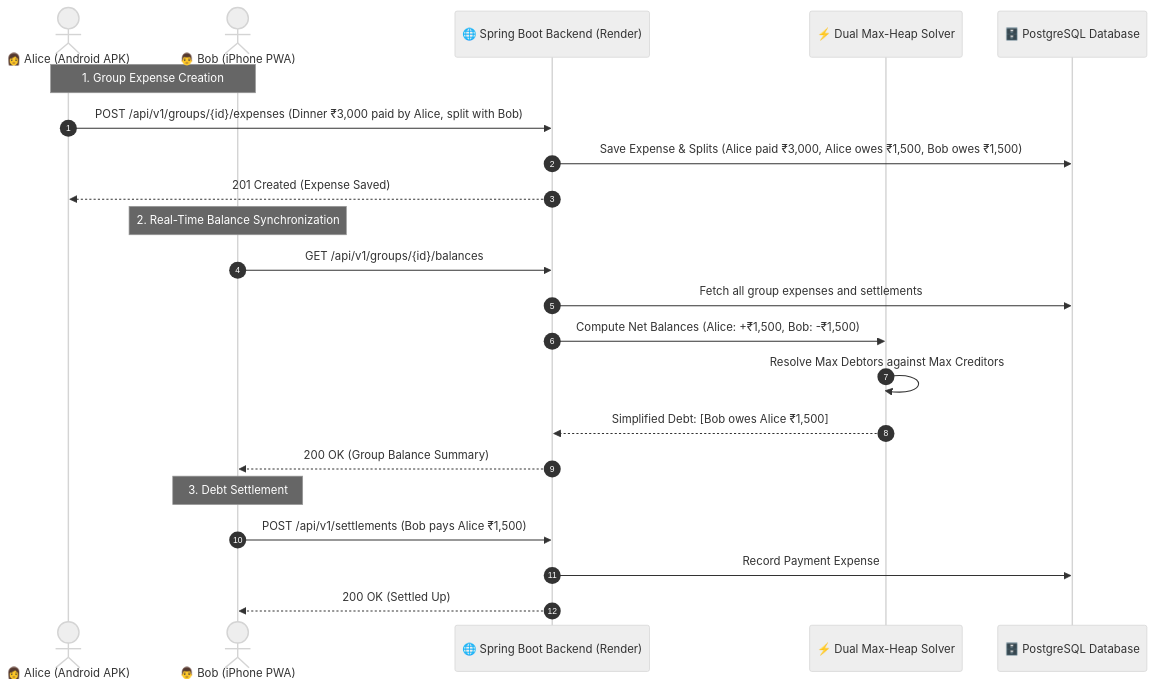
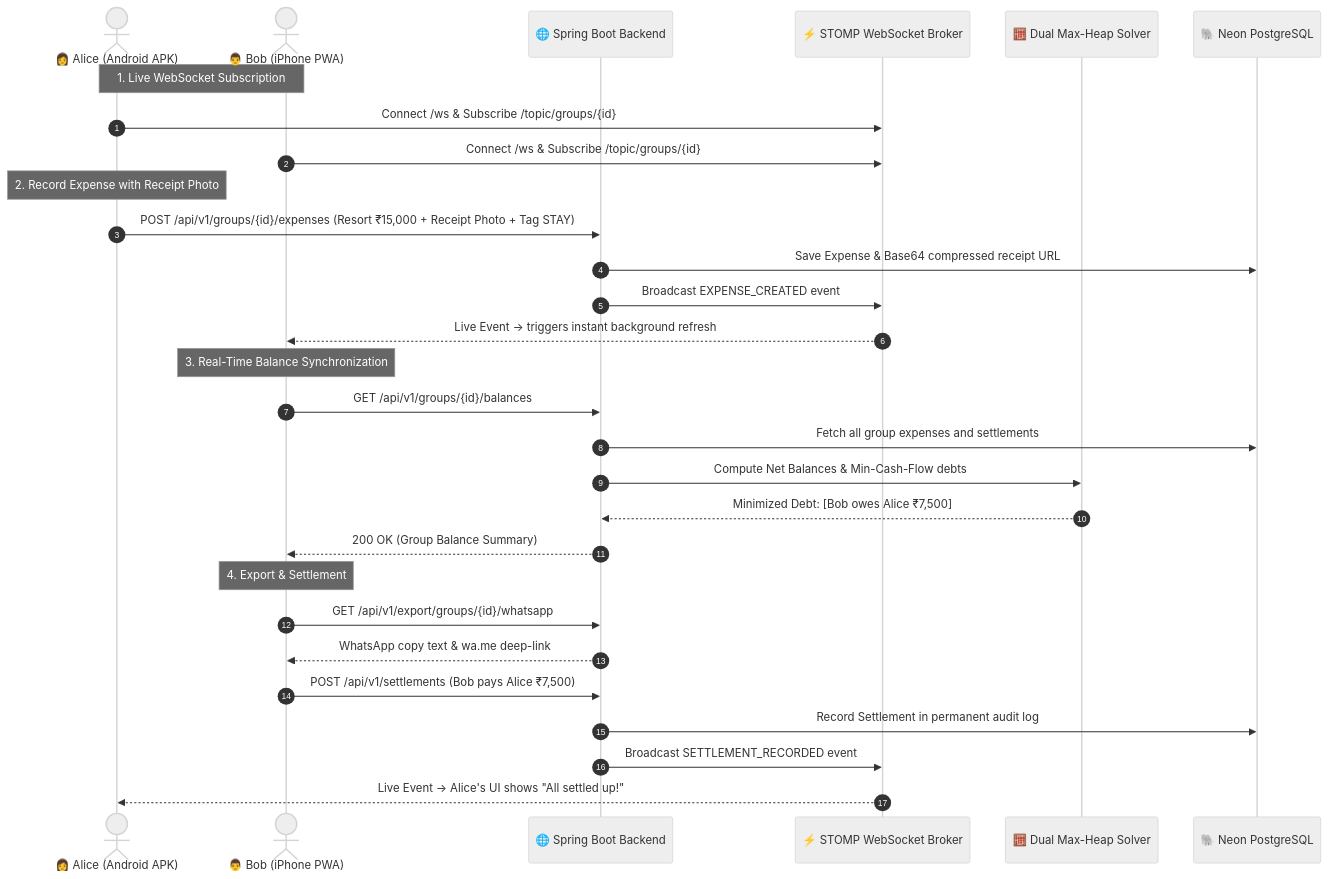
One commit to byte2code/settlehub changed the second of 2 diagrams in README.md. Above: the diagram before and after it, drawn with Mermaid (neutral theme). The commit also changed other lines of this file and 1 other file, not shown here.

````diff
--- a/README.md
+++ b/README.md
@@ -150,27 +174,35 @@
 ```mermaid
 sequenceDiagram
     autonumber
     actor Alice as 👩 Alice (Android APK)
     actor Bob as 👨 Bob (iPhone PWA)
-    participant API as 🌐 Spring Boot Backend (Render)
-    participant Solver as ⚡ Dual Max-Heap Solver
-    participant DB as 🗄️ PostgreSQL Database
+    participant API as 🌐 Spring Boot Backend
+    participant WS as ⚡ STOMP WebSocket Broker
+    participant Solver as 🧮 Dual Max-Heap Solver
+    participant DB as 🐘 Neon PostgreSQL
 
-    Note over Alice,Bob: 1. Group Expense Creation
-    Alice->>API: POST /api/v1/groups/{id}/expenses (Dinner ₹3,000 paid by Alice, split with Bob)
-    API->>DB: Save Expense & Splits (Alice paid ₹3,000, Alice owes ₹1,500, Bob owes ₹1,500)
-    API-->>Alice: 201 Created (Expense Saved)
+    Note over Alice,Bob: 1. Live WebSocket Subscription
+    Alice->>WS: Connect /ws & Subscribe /topic/groups/{id}
+    Bob->>WS: Connect /ws & Subscribe /topic/groups/{id}
 
-    Note over Bob: 2. Real-Time Balance Synchronization
+    Note over Alice: 2. Record Expense with Receipt Photo
+    Alice->>API: POST /api/v1/groups/{id}/expenses (Resort ₹15,000 + Receipt Photo + Tag STAY)
+    API->>DB: Save Expense & Base64 compressed receipt URL
+    API->>WS: Broadcast EXPENSE_CREATED event
+    WS-->>Bob: Live Event -> triggers instant background refresh
+
+    Note over Bob: 3. Real-Time Balance Synchronization
     Bob->>API: GET /api/v1/groups/{id}/balances
     API->>DB: Fetch all group expenses and settlements
-    API->>Solver: Compute Net Balances (Alice: +₹1,500, Bob: -₹1,500)
-    Solver->>Solver: Resolve Max Debtors against Max Creditors
-    Solver-->>API: Simplified Debt: [Bob owes Alice ₹1,500]
+    API->>Solver: Compute Net Balances & Min-Cash-Flow debts
+    Solver-->>API: Minimized Debt: [Bob owes Alice ₹7,500]
     API-->>Bob: 200 OK (Group Balance Summary)
 
-    Note over Bob: 3. Debt Settlement
-    Bob->>API: POST /api/v1/settlements (Bob pays Alice ₹1,500)
-    API->>DB: Record Payment Expense
-    API-->>Bob: 200 OK (Settled Up)
+    Note over Bob: 4. Export & Settlement
+    Bob->>API: GET /api/v1/export/groups/{id}/whatsapp
+    API-->>Bob: WhatsApp copy text & wa.me deep-link
+    Bob->>API: POST /api/v1/settlements (Bob pays Alice ₹7,500)
+    API->>DB: Record Settlement in permanent audit log
+    API->>WS: Broadcast SETTLEMENT_RECORDED event
+    WS-->>Alice: Live Event -> Alice's UI shows "All settled up!"
 ```
````
